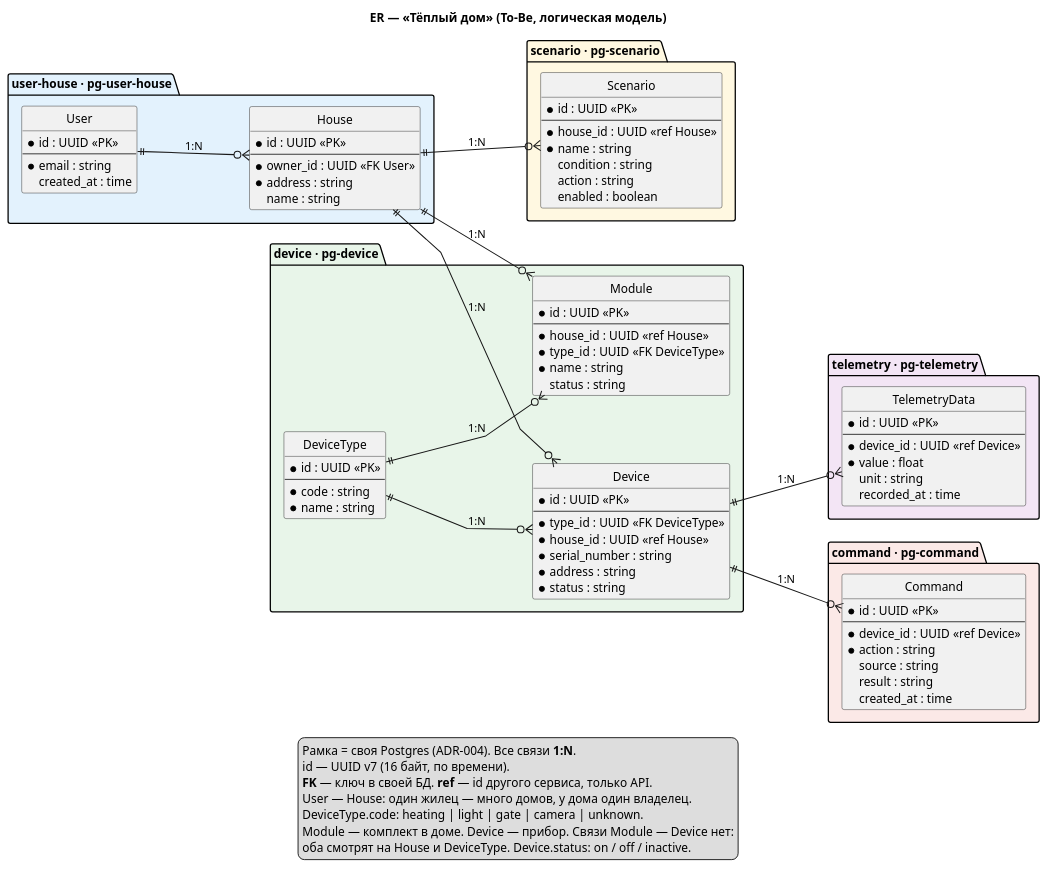
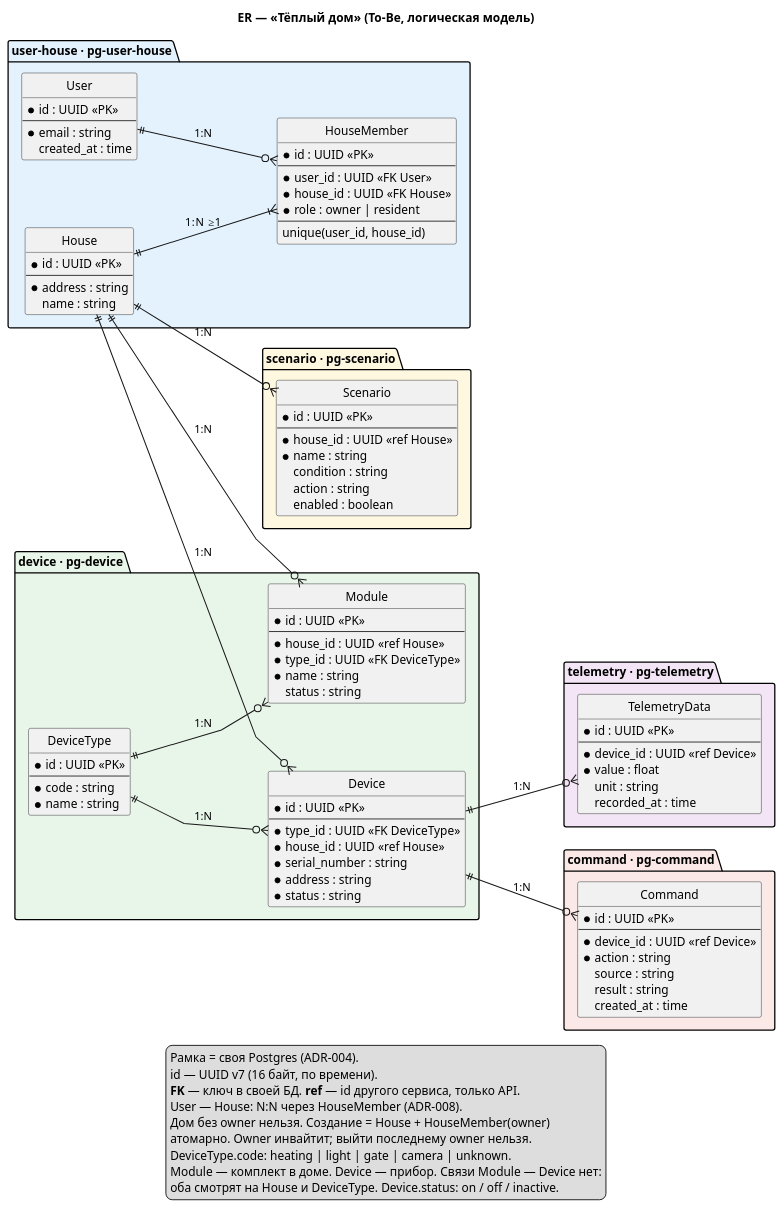
One commit to Dima-Karpov/architecture-pro-warmhouse changed the diagram in docs/c4/03-er-to-be.puml. Above: the diagram before and after it, drawn with PlantUML. The commit also changed 13 other files, not shown here.

```diff
--- a/docs/c4/03-er-to-be.puml
+++ b/docs/c4/03-er-to-be.puml
@@ -1,114 +1,126 @@
 @startuml
 title ER — «Тёплый дом» (To-Be, логическая модель)
 
 left to right direction
 hide circle
 skinparam linetype polyline
 skinparam nodesep 80
 skinparam ranksep 110
 skinparam packagePadding 22
 skinparam shadowing false
 skinparam ArrowThickness 1.2
 
 package "user-house · pg-user-house" #E3F2FD {
   entity "User" as User {
     * id : UUID <<PK>>
     --
     * email : string
     created_at : time
   }
 
+  entity "HouseMember" as HouseMember {
+    * id : UUID <<PK>>
+    --
+    * user_id : UUID <<FK User>>
+    * house_id : UUID <<FK House>>
+    * role : owner | resident
+    --
+    unique(user_id, house_id)
+  }
+
   entity "House" as House {
     * id : UUID <<PK>>
     --
-    * owner_id : UUID <<FK User>>
     * address : string
     name : string
   }
 
-  User ||--o{ House : 1:N
+  User ||--o{ HouseMember : 1:N
+  House ||--|{ HouseMember : 1:N ≥1
 }
 
 package "device · pg-device" #E8F5E9 {
   entity "DeviceType" as DeviceType {
     * id : UUID <<PK>>
     --
     * code : string
     * name : string
   }
 
   entity "Module" as Module {
     * id : UUID <<PK>>
     --
     * house_id : UUID <<ref House>>
     * type_id : UUID <<FK DeviceType>>
     * name : string
     status : string
   }
 
   entity "Device" as Device {
     * id : UUID <<PK>>
     --
     * type_id : UUID <<FK DeviceType>>
     * house_id : UUID <<ref House>>
     * serial_number : string
     * address : string
     * status : string
   }
 
   DeviceType ||--o{ Module : 1:N
   DeviceType ||--o{ Device : 1:N
 }
 
 package "scenario · pg-scenario" #FFF8E1 {
   entity "Scenario" as Scenario {
     * id : UUID <<PK>>
     --
     * house_id : UUID <<ref House>>
     * name : string
     condition : string
     action : string
     enabled : boolean
   }
 }
 
 package "telemetry · pg-telemetry" #F3E5F5 {
   entity "TelemetryData" as TelemetryData {
     * id : UUID <<PK>>
     --
     * device_id : UUID <<ref Device>>
     * value : float
     unit : string
     recorded_at : time
   }
 }
 
 package "command · pg-command" #FBE9E7 {
   entity "Command" as Command {
     * id : UUID <<PK>>
     --
     * device_id : UUID <<ref Device>>
     * action : string
     source : string
     result : string
     created_at : time
   }
 }
 
 House ||--o{ Module : 1:N
 House ||--o{ Device : 1:N
 House ||--o{ Scenario : 1:N
 Device ||--o{ TelemetryData : 1:N
 Device ||--o{ Command : 1:N
 
 legend bottom
-  Рамка = своя Postgres (ADR-004). Все связи **1:N**.
+  Рамка = своя Postgres (ADR-004).
   id — UUID v7 (16 байт, по времени).
   **FK** — ключ в своей БД. **ref** — id другого сервиса, только API.
-  User — House: один жилец — много домов, у дома один владелец.
+  User — House: N:N через HouseMember (ADR-008).
+  Дом без owner нельзя. Создание = House + HouseMember(owner)
+  атомарно. Owner инвайтит; выйти последнему owner нельзя.
   DeviceType.code: heating | light | gate | camera | unknown.
   Module — комплект в доме. Device — прибор. Связи Module — Device нет:
   оба смотрят на House и DeviceType. Device.status: on / off / inactive.
 end legend
 
 @enduml
```
